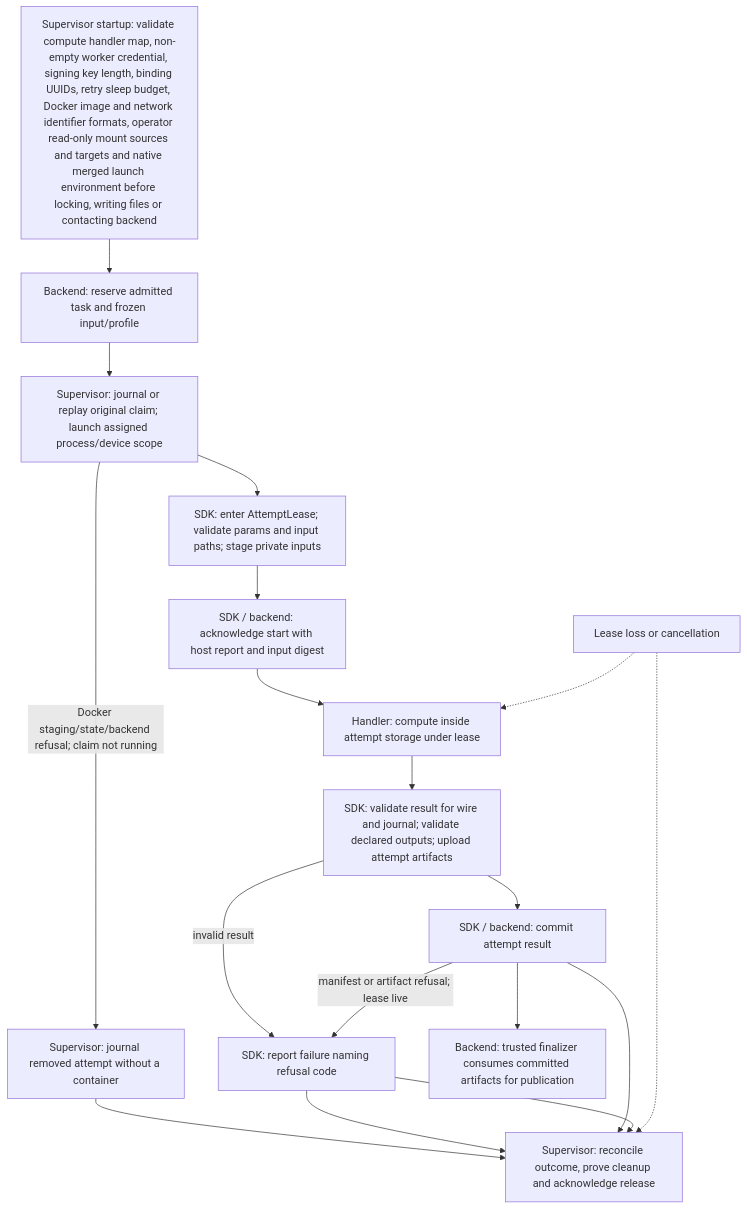
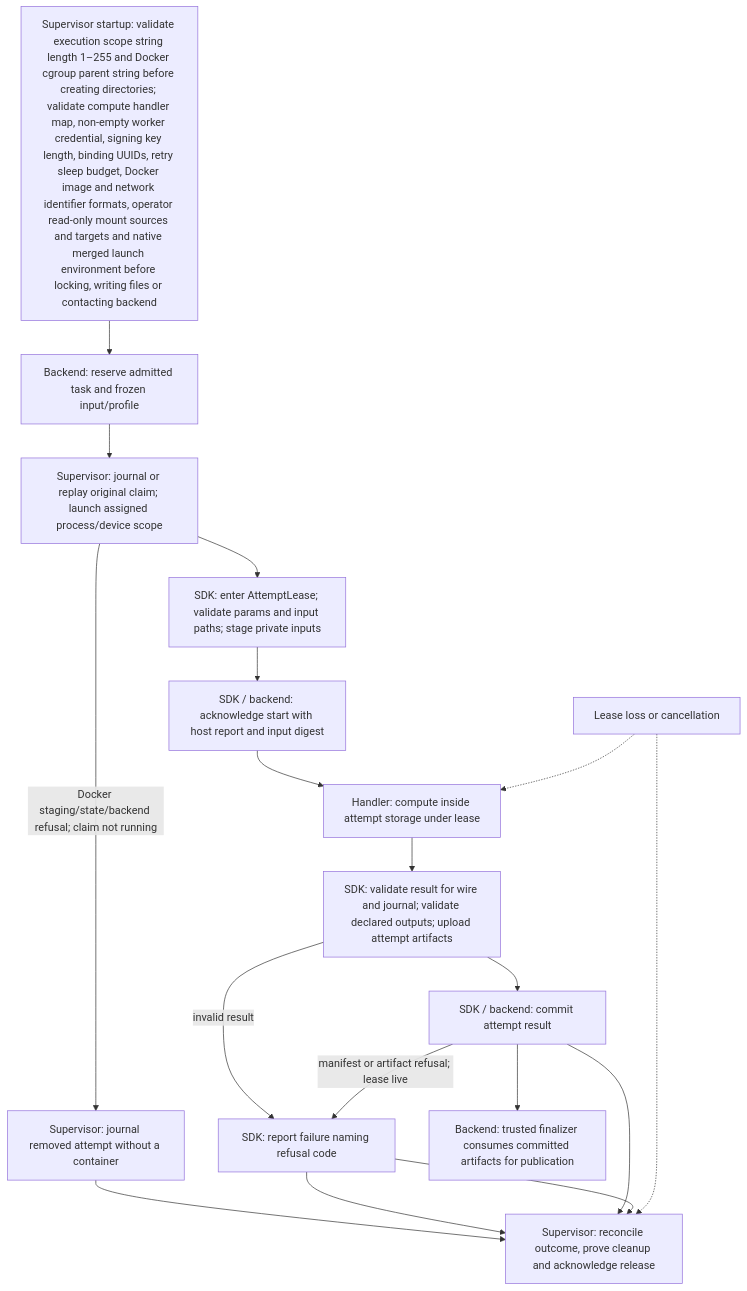
One commit to SyngularXR/task-worker-api changed the second of 2 diagrams in docs/fleet/workflow-standard.md. Above: the diagram before and after it, drawn with Mermaid. The commit also changed other lines of this file and 4 other files, not shown here.

Commit message:
Validate supervisor scope and Docker cgroup parent before state creation (#221)

````diff
--- a/docs/fleet/workflow-standard.md
+++ b/docs/fleet/workflow-standard.md
@@ -101,20 +101,20 @@
 ```mermaid
 flowchart TD
-    config["Supervisor startup: validate compute handler map, non-empty worker credential, signing key length, binding UUIDs, retry sleep budget, Docker image and network identifier formats, operator read-only mount sources and targets and native merged launch environment before locking, writing files or contacting backend"] --> backend["Backend: reserve admitted task and frozen input/profile"]
+    config["Supervisor startup: validate execution scope string length 1–255 and Docker cgroup parent string before creating directories; validate compute handler map, non-empty worker credential, signing key length, binding UUIDs, retry sleep budget, Docker image and network identifier formats, operator read-only mount sources and targets and native merged launch environment before locking, writing files or contacting backend"] --> backend["Backend: reserve admitted task and frozen input/profile"]
     backend --> supervisor["Supervisor: journal or replay original claim; launch assigned process/device scope"]
     supervisor --> stage["SDK: enter AttemptLease; validate params and input paths; stage private inputs"]
     supervisor -->|Docker staging/state/backend refusal; claim not running| refused["Supervisor: journal removed attempt without a container"]
     refused --> reconcile
     stage --> start["SDK / backend: acknowledge start with host report and input digest"]
     start --> handler["Handler: compute inside attempt storage under lease"]
     handler --> outputs["SDK: validate result for wire and journal; validate declared outputs; upload attempt artifacts"]
     outputs --> commit["SDK / backend: commit attempt result"]
     outputs -->|invalid result| failure["SDK: report failure while started attempt lease is live"]
     failure --> reconcile
     commit --> reconcile["Supervisor: reconcile outcome, prove cleanup and acknowledge release"]
     commit -->|manifest or artifact refusal; lease live| failure["SDK: report failure naming refusal code"]
     failure --> reconcile
     commit --> finalizer["Backend: trusted finalizer consumes committed artifacts for publication"]
     cancel["Lease loss or cancellation"] -.-> handler
     cancel -.-> reconcile
 ```
````
